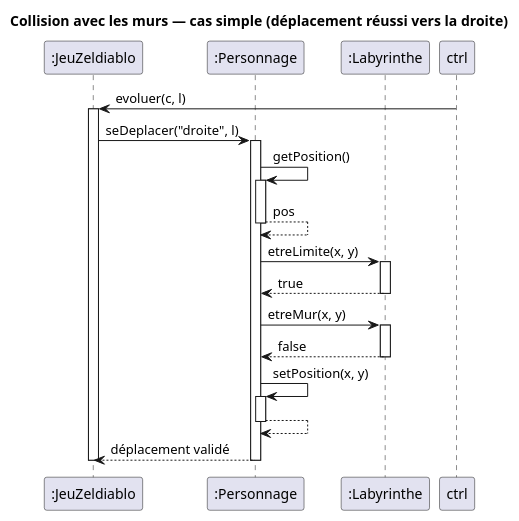
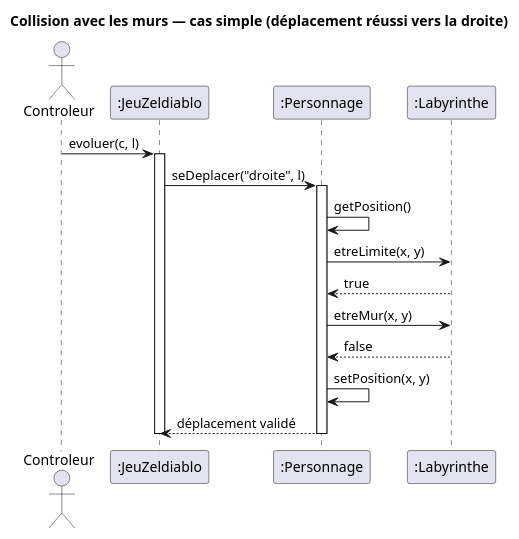
The diagram in documents/version_2/diagramme_de_sequence_ colision_mur.puml (D-Lilian09/2026_COO_Zeldiablo_DU-HE-MA-PA), drawn with PlantUML before and after one commit.

Commit message:
modification diagramme de sequence colision mur

```diff
--- a/documents/version_2/diagramme_de_sequence_ colision_mur.puml
+++ b/documents/version_2/diagramme_de_sequence_ colision_mur.puml
@@ -1,35 +1,30 @@
 @startuml
 title Collision avec les murs — cas simple (déplacement réussi vers la droite)
 
+actor Controleur as ctrl
 participant ":JeuZeldiablo" as jeu
 participant ":Personnage" as perso
 participant ":Labyrinthe" as laby
 
 ctrl -> jeu : evoluer(c, l)
 activate jeu
 
 jeu -> perso : seDeplacer("droite", l)
 activate perso
 
 perso -> perso : getPosition()
-activate perso
-return pos
 
 
 perso -> laby : etreLimite(x, y)
-activate laby
-return true
+laby --> perso : true
 
 perso -> laby : etreMur(x, y)
-activate laby
-return false
+laby --> perso : false
 
 perso -> perso : setPosition(x, y)
-activate perso
-return
 
 perso --> jeu : déplacement validé
 deactivate perso
 
 deactivate jeu
 @enduml
```
